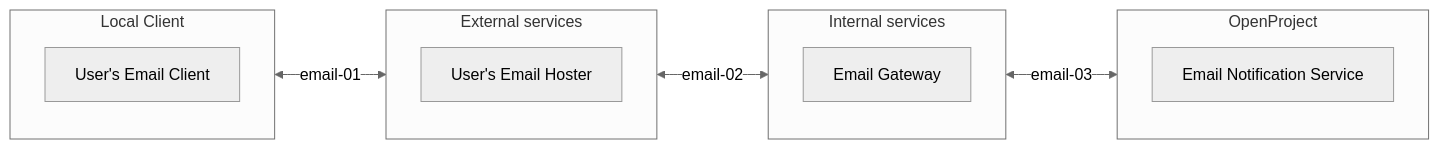
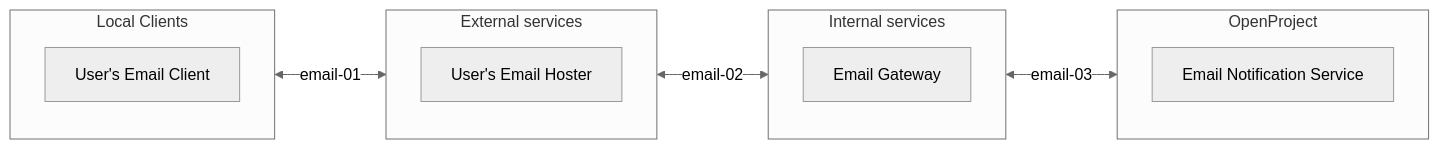
One commit to opf/openproject changed the third of 6 diagrams in docs/development/data-flow/README.md. Above: the diagram before and after it, drawn with Mermaid. The commit also changed other lines of this file, not shown here.

````diff
--- a/docs/development/data-flow/README.md
+++ b/docs/development/data-flow/README.md
@@ -251,35 +254,35 @@
 ```mermaid
 %%{init: {'theme':'neutral'}}%%
 
 flowchart LR
   A[User's Email Client] <-->|email-01| B[User's Email Hoster]
   B <-->|email-02| C[Email Gateway]
   C <-->|email-03| D[Email Notification Service]
 
  
-   subgraph localclient[Local Client]
+   subgraph localclients[Local Clients]
   direction TB
   	A
     end
  
  subgraph internal[Internal services]
   direction TB
   	C
   
     end
 
   subgraph external[External services]
   direction TB
   	A
   	B
     end
     
   subgraph OpenProject
   direction TB
   	D
     end
     
     
 
 
 ```
````
